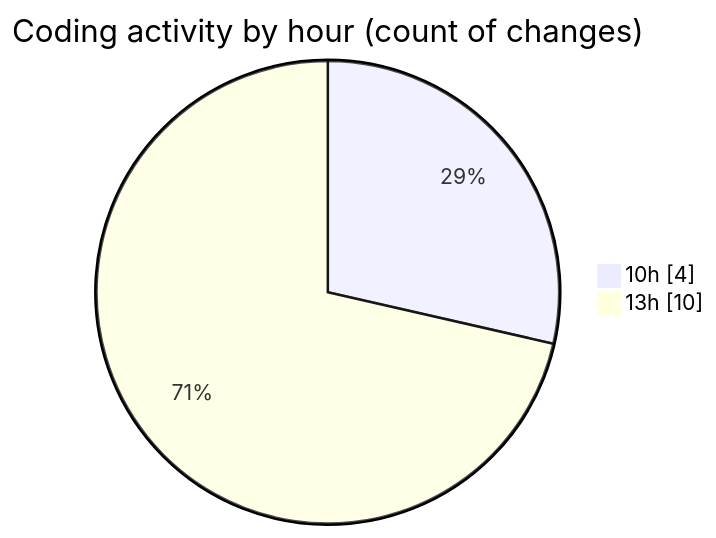
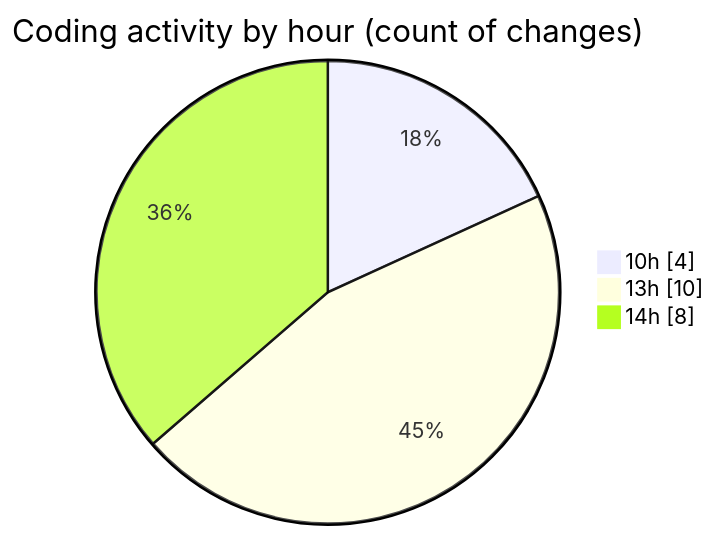
Before and after one commit to tmsrecording-cyber/code-tracking: the second of 2 diagrams in 2026-04-15/ai_news_simple/README.md, drawn with Mermaid. The commit also changed other lines of this file and 1 other file, not shown here.

````diff
--- a/2026-04-15/ai_news_simple/README.md
+++ b/2026-04-15/ai_news_simple/README.md
@@ -34,6 +41,7 @@
 ```mermaid
 pie showData
 title Coding activity by hour (count of changes)
 "10h" : 4
 "13h" : 10
+"14h" : 8
 ```
````
